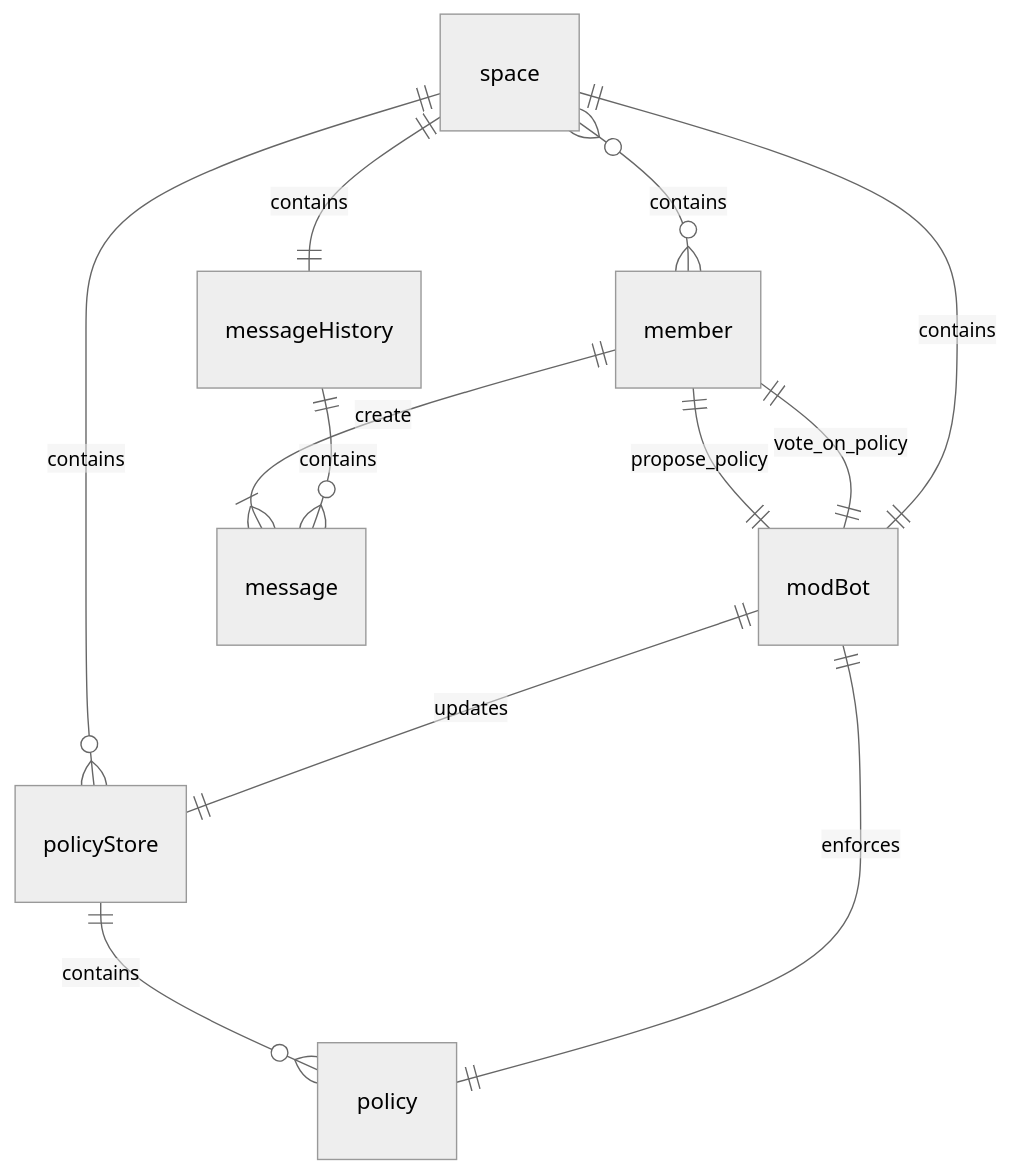
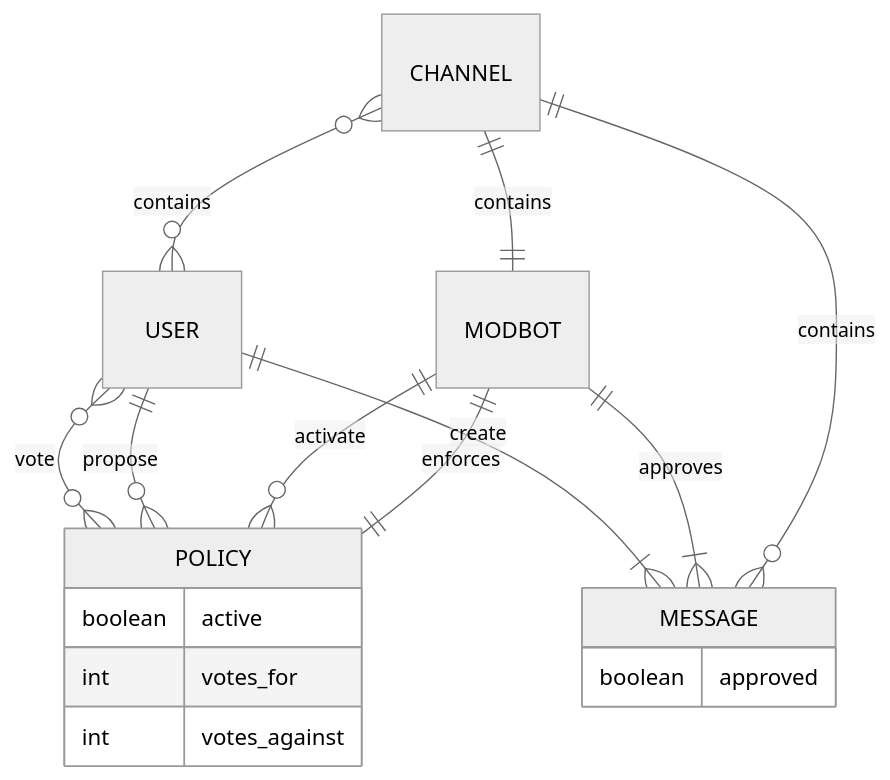
The first of 3 diagrams in DesignPattern.md (bgrayburn/Evolutionary-Collective-Moderation-Design-Pattern), drawn with Mermaid (neutral theme) before and after one commit. The commit also changed other lines of this file, not shown here.

````diff
--- a/DesignPattern.md
+++ b/DesignPattern.md
@@ -16,16 +33,22 @@
 ```mermaid
 erDiagram
   accTitle: Evolution Collective Moderation Entity Relationship Diagram
-space }o--o{ member : contains
-space ||--o{ policyStore : contains
-policyStore ||--o{ policy : contains
-modBot ||--|| policyStore : updates
-modBot ||--|| policy : enforces
-member ||--|| modBot : propose_policy
-member ||--|| modBot : vote_on_policy
-member ||--|{ message : create
+MESSAGE {
+  boolean approved
+}
+POLICY {
+  boolean active
+  int votes_for
+  int votes_against
+}
+CHANNEL }o--o{ USER : contains
+CHANNEL ||--o{ MESSAGE : contains
+MODBOT ||--|| POLICY : enforces
+MODBOT ||--|{ MESSAGE : approves
+MODBOT ||--o{ POLICY : activate
+USER ||--o{ POLICY : propose
+USER }o--o{ POLICY : vote
+USER ||--|{ MESSAGE : create
 
-space ||--|| modBot : contains
-space ||--|| messageHistory : contains
-messageHistory ||--o{ message : contains
+CHANNEL ||--|| MODBOT : contains
 ```
````
